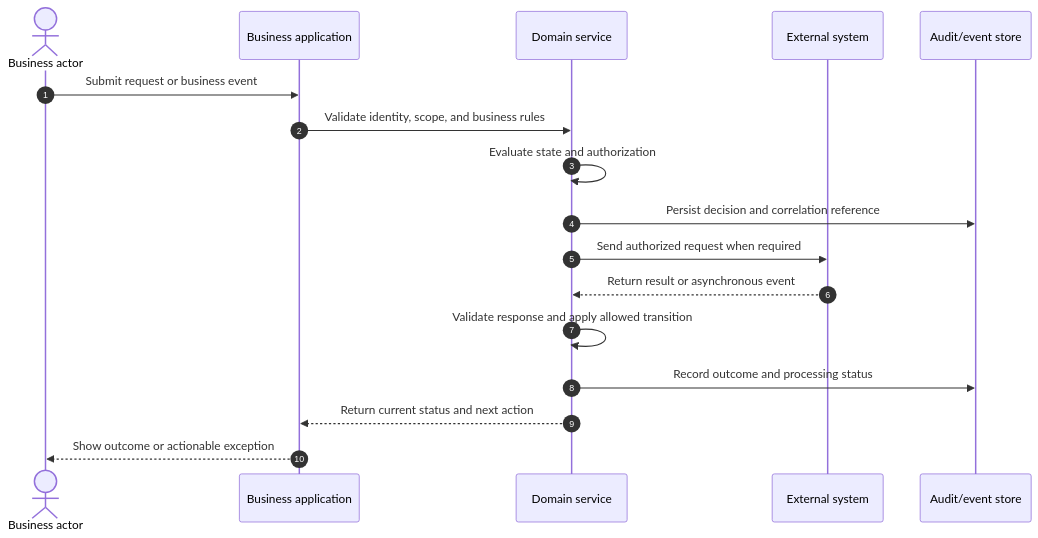
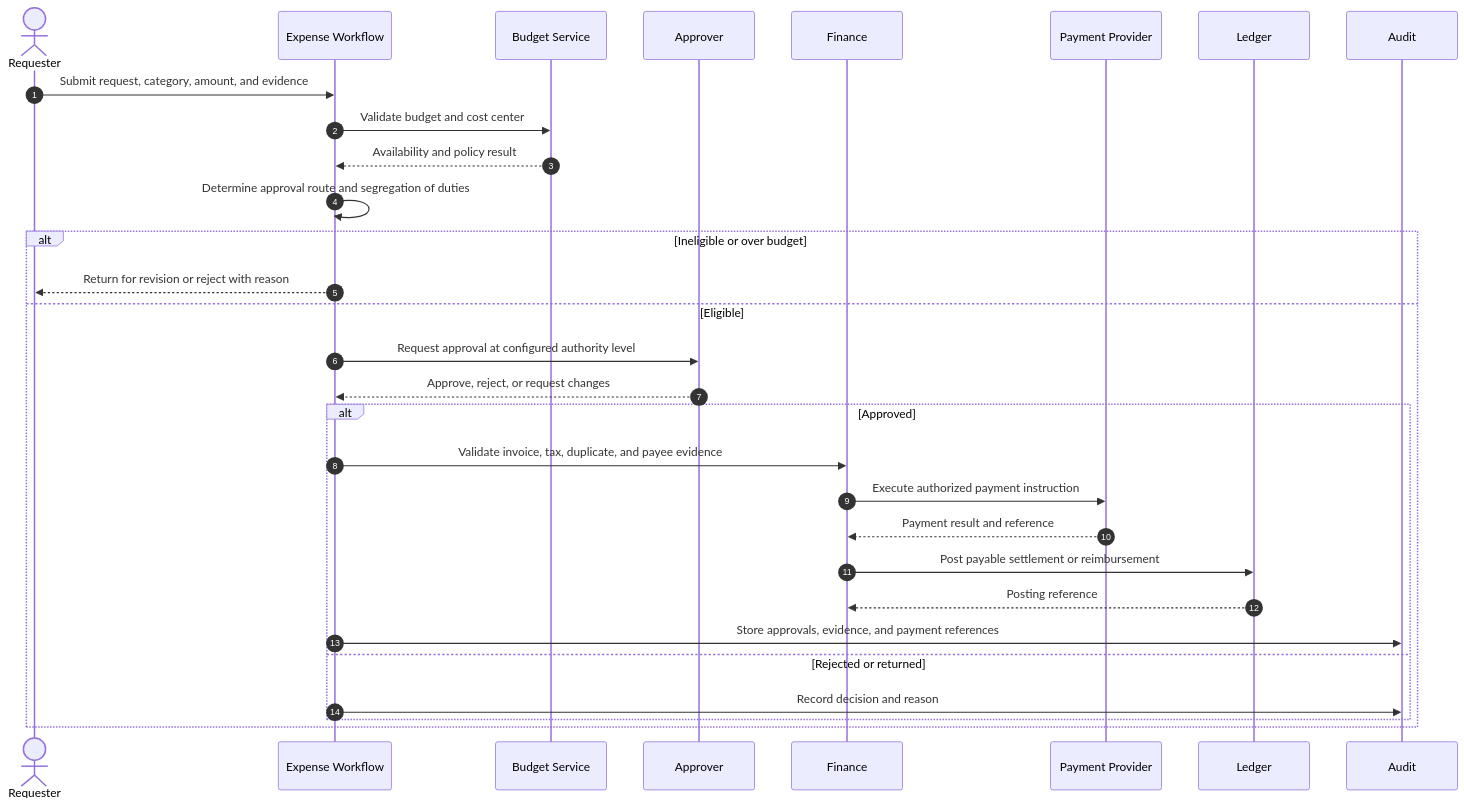
Before and after one commit to reviveproject4-source/visual-business-flows: the second of 3 diagrams in 03-financial-and-billing/expense-approval-hierarchy.md, drawn with Mermaid. The commit also changed other lines of this file and 14 other files, not shown here.

First line of the commit message:
Align workflow diagrams with business rules and exceptions

````diff
--- a/03-financial-and-billing/expense-approval-hierarchy.md
+++ b/03-financial-and-billing/expense-approval-hierarchy.md
@@ -82,19 +82,32 @@
 ```mermaid
 sequenceDiagram
     autonumber
-    actor User as Business actor
-    participant App as Business application
-    participant Core as Domain service
-    participant External as External system
-    participant Audit as Audit/event store
-    User->>App: Submit request or business event
-    App->>Core: Validate identity, scope, and business rules
-    Core->>Core: Evaluate state and authorization
-    Core->>Audit: Persist decision and correlation reference
-    Core->>External: Send authorized request when required
-    External-->>Core: Return result or asynchronous event
-    Core->>Core: Validate response and apply allowed transition
-    Core->>Audit: Record outcome and processing status
-    Core-->>App: Return current status and next action
-    App-->>User: Show outcome or actionable exception
+    actor Requester
+    participant Workflow as Expense Workflow
+    participant Budget as Budget Service
+    participant Approver
+    participant Finance
+    participant Bank as Payment Provider
+    participant Ledger
+    participant Audit
+    Requester->>Workflow: Submit request, category, amount, and evidence
+    Workflow->>Budget: Validate budget and cost center
+    Budget-->>Workflow: Availability and policy result
+    Workflow->>Workflow: Determine approval route and segregation of duties
+    alt Ineligible or over budget
+        Workflow-->>Requester: Return for revision or reject with reason
+    else Eligible
+        Workflow->>Approver: Request approval at configured authority level
+        Approver-->>Workflow: Approve, reject, or request changes
+        alt Approved
+            Workflow->>Finance: Validate invoice, tax, duplicate, and payee evidence
+            Finance->>Bank: Execute authorized payment instruction
+            Bank-->>Finance: Payment result and reference
+            Finance->>Ledger: Post payable settlement or reimbursement
+            Ledger-->>Finance: Posting reference
+            Workflow->>Audit: Store approvals, evidence, and payment references
+        else Rejected or returned
+            Workflow->>Audit: Record decision and reason
+        end
+    end
 ```
````
